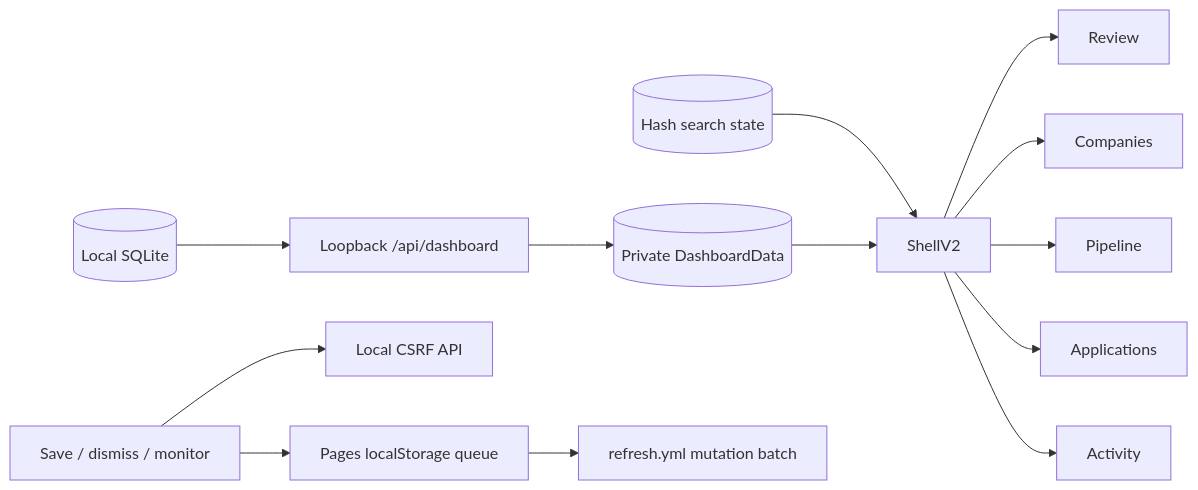
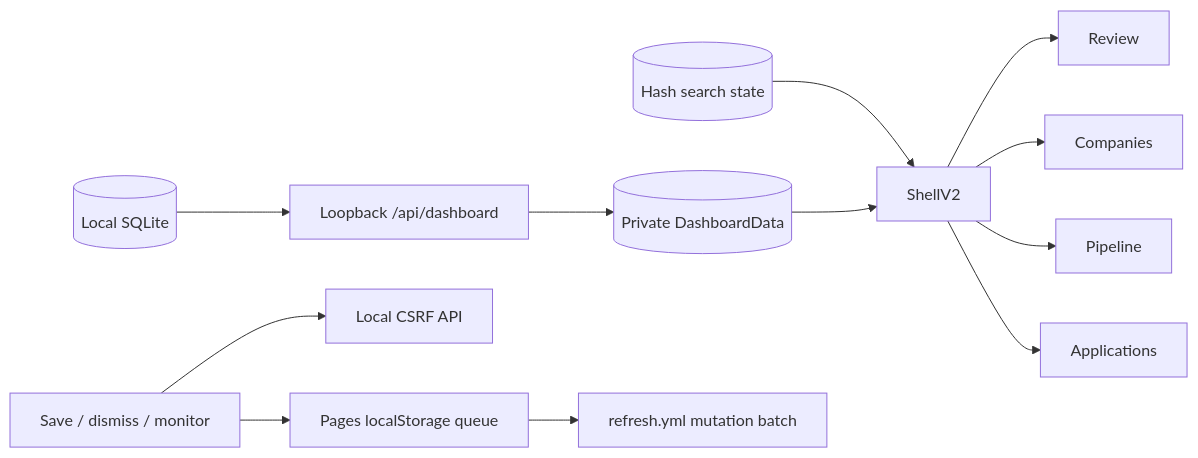
One commit to rinz0x0cruz/jobscope changed the third of 4 diagrams in ARCHITECTURE.md. Above: the diagram before and after it, drawn with Mermaid. The commit also changed other lines of this file and 42 other files, not shown here.

````diff
--- a/ARCHITECTURE.md
+++ b/ARCHITECTURE.md
@@ -380,15 +381,14 @@
 ```mermaid
 flowchart LR
   URL[(Hash search state)] --> Shell[ShellV2]
   Private[(Private DashboardData)] --> Shell
   SQLite[(Local SQLite)] --> GuardedAPI[Loopback /api/dashboard]
   GuardedAPI --> Private
   Shell --> Review
   Shell --> Companies
   Shell --> Pipeline
   Shell --> Applications
-  Shell --> Activity
   Action[Save / dismiss / monitor] --> Local[Local CSRF API]
   Action --> Queue[Pages localStorage queue]
   Queue --> Workflow[refresh.yml mutation batch]
 ```
````
